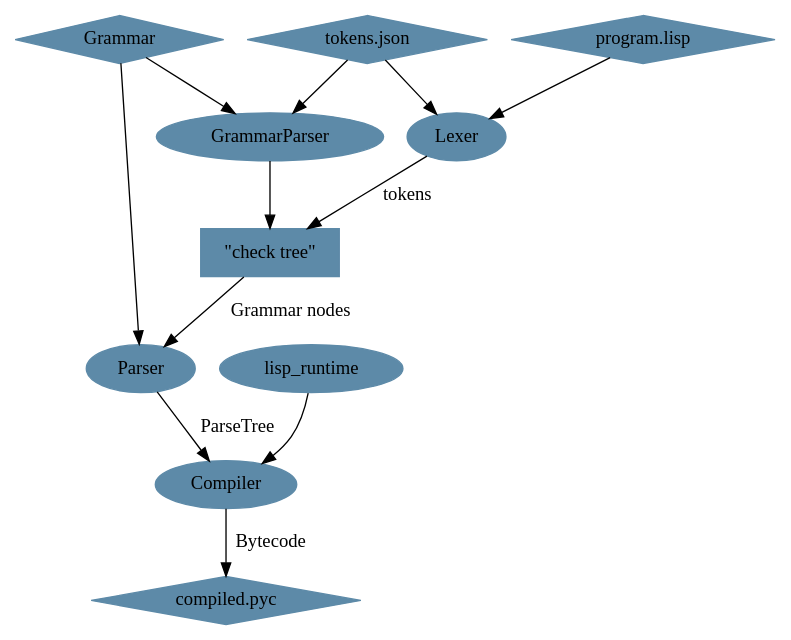
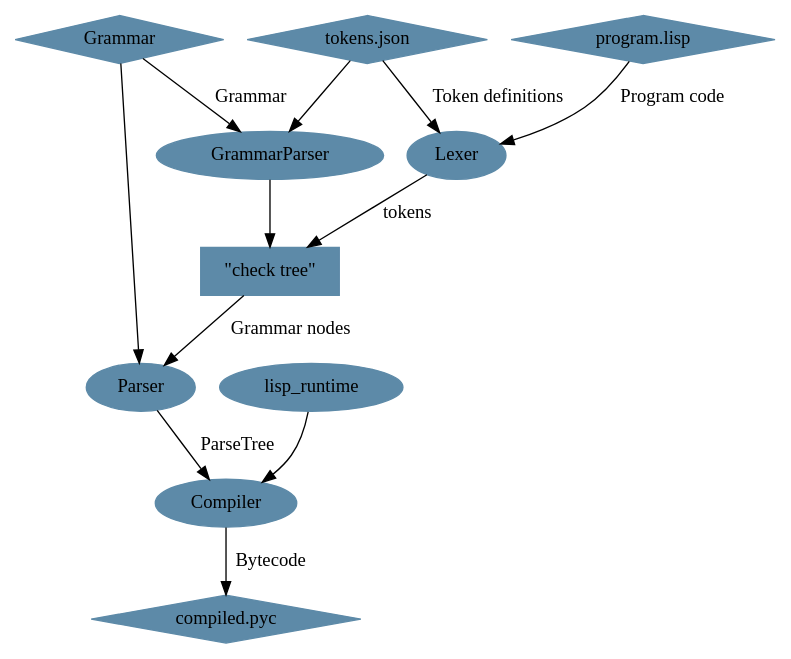
One commit to Mause/tyrian changed the diagram in docs/source/charts/level_0.dot. Above: the diagram before and after it, drawn with Graphviz.

Commit message:
Labels and cleanup

```diff
--- a/docs/source/charts/level_0.dot
+++ b/docs/source/charts/level_0.dot
@@ -1,38 +1,38 @@
-    digraph {
-        node [style=filled,color="#5D8AA8", fillcolor="#5D8AA8"];
+digraph {
+    node [style=filled,color="#5D8AA8", fillcolor="#5D8AA8"];
 
-        subgraph files {
-            node [shape="diamond"];
-            "program.lisp";
-            "compiled.pyc";
-            "tokens.json";
-            "Grammar";
-        }
+    subgraph files {
+        node [shape="diamond"];
+        "program.lisp";
+        "compiled.pyc";
+        "tokens.json";
+        "Grammar";
+    }
 
-        subgraph processes {
-            GrammarParser;
-            Lexer;
-            Parser;
-            Compiler;
-        }
+    subgraph processes {
+        GrammarParser;
+        Lexer;
+        Parser;
+        Compiler;
+    }
 
-        "\"check tree\"" [shape="rectangle"];
+    "\"check tree\"" [shape="rectangle"];
 
-        "program.lisp" -> Lexer
-        "tokens.json" -> Lexer
+    "program.lisp" -> Lexer [label="Program code"]
+    "tokens.json" -> Lexer [label="Token definitions"]
 
-        "tokens.json" -> GrammarParser
-        Grammar -> GrammarParser
-        GrammarParser -> "\"check tree\""
+    "tokens.json" -> GrammarParser
+    Grammar -> GrammarParser [label="Grammar"]
+    GrammarParser -> "\"check tree\""
 
-        Lexer -> "\"check tree\"" [label="tokens"]
+    Lexer -> "\"check tree\"" [label="tokens"]
 
-        "\"check tree\"" -> Parser [label="Grammar nodes"]
-        Grammar -> Parser
+    "\"check tree\"" -> Parser [label="Grammar nodes"]
+    Grammar -> Parser
 
-        Parser -> Compiler [label="ParseTree"]
+    Parser -> Compiler [label="ParseTree"]
 
-        "lisp_runtime" -> Compiler
-        Compiler -> "compiled.pyc" [label="Bytecode"]
+    "lisp_runtime" -> Compiler
+    Compiler -> "compiled.pyc" [label="Bytecode"]
 
-    }
+}
```
